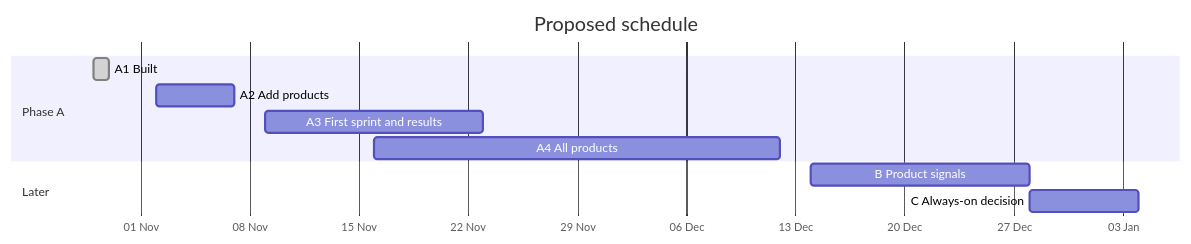
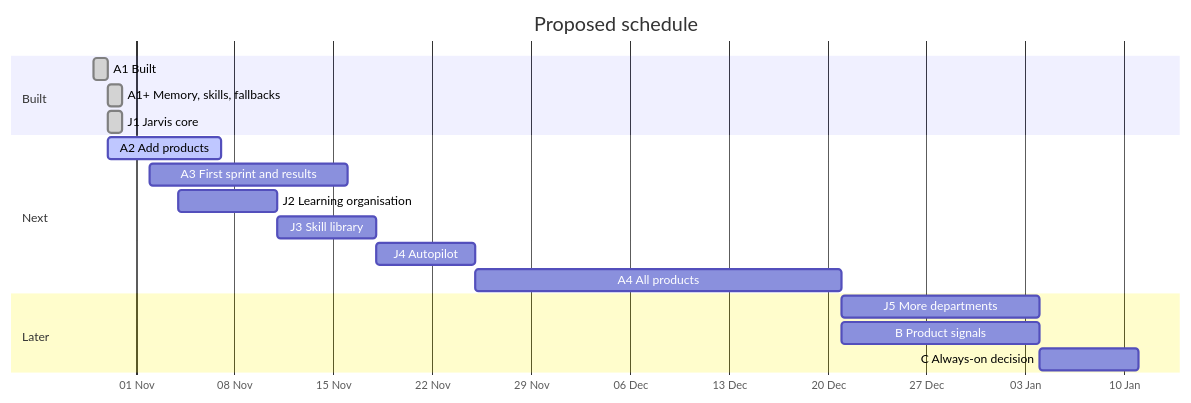
One commit to Mohitclan/AGENTS-AGENTS-AND-AGENTS- changed the diagram in docs/PLAN.md. Above: the diagram before and after it, drawn with Mermaid. The commit also changed other lines of this file and 25 other files, not shown here.

First line of the commit message:
Add Jarvis: one command in, finished result out (phase J1)

````diff
--- a/docs/PLAN.md
+++ b/docs/PLAN.md
@@ -18,14 +24,21 @@
 ```mermaid
 gantt
   title Proposed schedule
   dateFormat YYYY-MM-DD
   axisFormat %d %b
-  section Phase A
+  section Built
   A1 Built                      :done, a1, 2026-10-29, 1d
-  A2 Add products               :a2, 2026-11-02, 5d
-  A3 First sprint and results   :a3, 2026-11-09, 14d
-  A4 All products               :a4, 2026-11-16, 26d
+  A1+ Memory, skills, fallbacks :done, a1p, 2026-10-30, 1d
+  J1 Jarvis core                :done, j1, 2026-10-30, 1d
+  section Next
+  A2 Add products               :active, a2, 2026-10-30, 8d
+  A3 First sprint and results   :a3, 2026-11-02, 14d
+  J2 Learning organisation      :j2, 2026-11-04, 7d
+  J3 Skill library              :j3, after j2, 7d
+  J4 Autopilot                  :j4, after j3, 7d
+  A4 All products               :a4, after j4, 26d
   section Later
-  B Product signals             :b, 2026-12-14, 14d
+  J5 More departments           :j5, after a4, 14d
+  B Product signals             :b, after a4, 14d
   C Always-on decision          :c, after b, 7d
 ```
````
